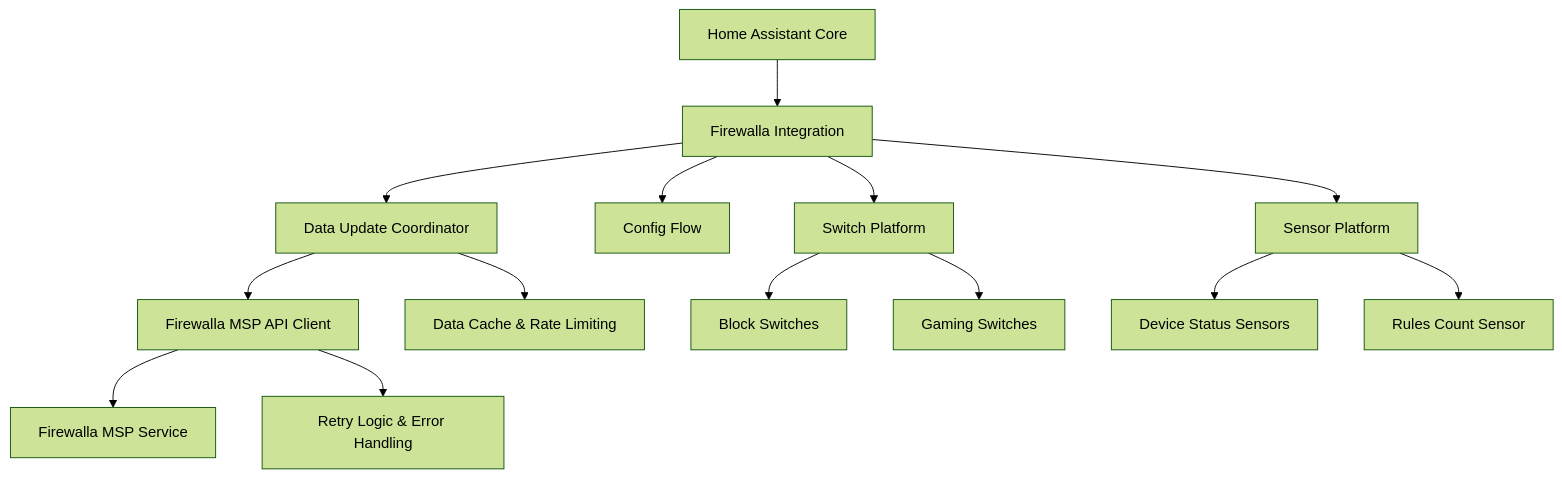
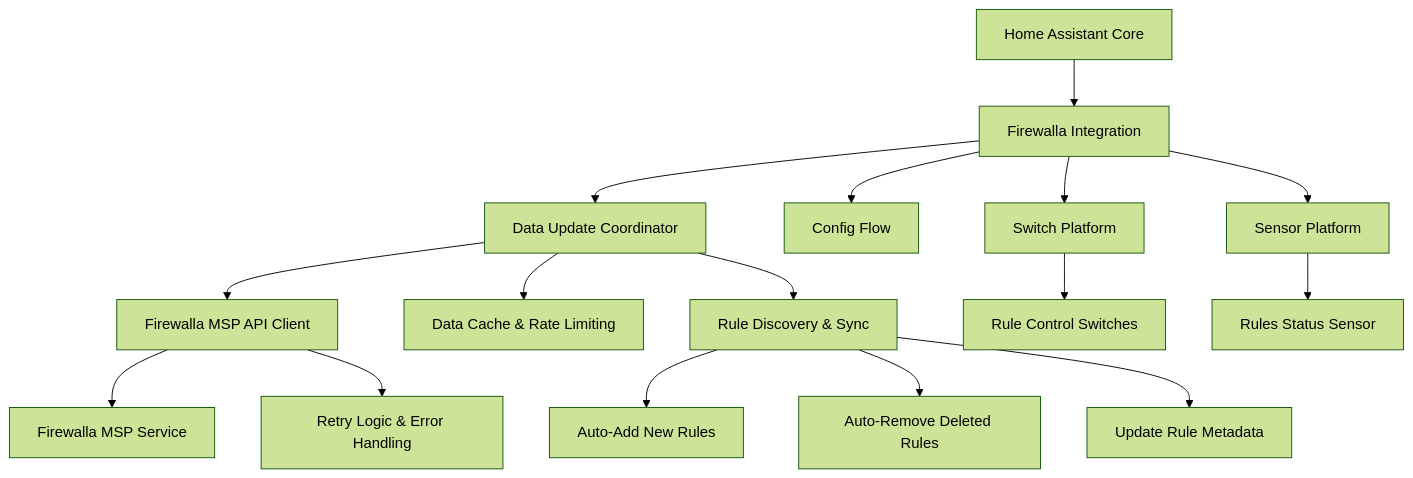
The diagram in .kiro/specs/firewalla-home-assistant/design.md (djuntgen/firewalla-home-assistant), drawn with Mermaid (forest theme) before and after one commit. The commit also changed other lines of this file and 22 other files, not shown here.

````diff
--- a/.kiro/specs/firewalla-home-assistant/design.md
+++ b/.kiro/specs/firewalla-home-assistant/design.md
@@ -13,20 +13,23 @@
 ```mermaid
 graph TB
     HA[Home Assistant Core] --> INT[Firewalla Integration]
     INT --> COORD[Data Update Coordinator]
     INT --> CF[Config Flow]
     
     COORD --> API[Firewalla MSP API Client]
     API --> MSP[Firewalla MSP Service]
     
     INT --> SW[Switch Platform]
     INT --> SEN[Sensor Platform]
     
-    SW --> BLOCK[Block Switches]
-    SW --> GAME[Gaming Switches]
-    SEN --> STATUS[Device Status Sensors]
-    SEN --> RULES[Rules Count Sensor]
+    SW --> RULES[Rule Control Switches]
+    SEN --> STATUS[Rules Status Sensor]
     
     COORD --> CACHE[Data Cache & Rate Limiting]
+    COORD --> DISCOVERY[Rule Discovery & Sync]
     API --> RETRY[Retry Logic & Error Handling]
+    
+    DISCOVERY --> ADD[Auto-Add New Rules]
+    DISCOVERY --> REMOVE[Auto-Remove Deleted Rules]
+    DISCOVERY --> UPDATE[Update Rule Metadata]
 ```
````
